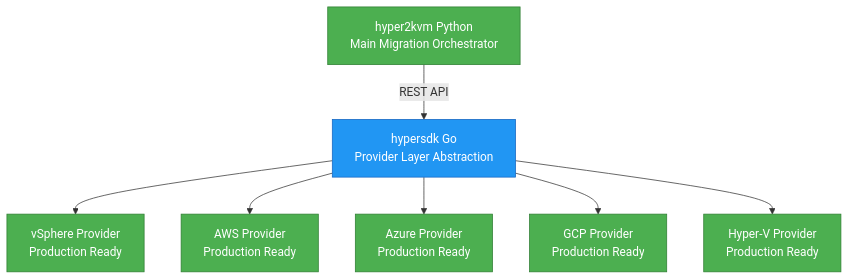
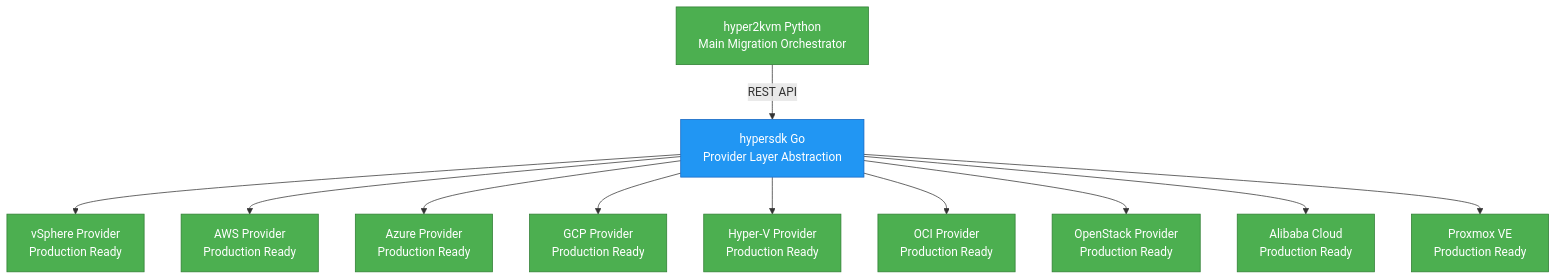
The diagram in README.md (ssahani/hypersdk), drawn with Mermaid before and after one commit. The commit also changed other lines of this file and 7 other files, not shown here.

````diff
--- a/README.md
+++ b/README.md
@@ -41,25 +44,37 @@
 ```mermaid
 graph TB
     A[hyper2kvm Python<br/>Main Migration Orchestrator]
     B[hypersdk Go<br/>Provider Layer Abstraction]
     C[vSphere Provider<br/>Production Ready]
     D[AWS Provider<br/>Production Ready]
     E[Azure Provider<br/>Production Ready]
     F[GCP Provider<br/>Production Ready]
     G[Hyper-V Provider<br/>Production Ready]
+    H[OCI Provider<br/>Production Ready]
+    I[OpenStack Provider<br/>Production Ready]
+    J[Alibaba Cloud<br/>Production Ready]
+    K[Proxmox VE<br/>Production Ready]
 
     A -->|REST API| B
     B --> C
     B --> D
     B --> E
     B --> F
     B --> G
+    B --> H
+    B --> I
+    B --> J
+    B --> K
 
     style A fill:#4CAF50,stroke:#2E7D32,color:#fff
     style B fill:#2196F3,stroke:#1565C0,color:#fff
     style C fill:#4CAF50,stroke:#2E7D32,color:#fff
     style D fill:#4CAF50,stroke:#2E7D32,color:#fff
     style E fill:#4CAF50,stroke:#2E7D32,color:#fff
     style F fill:#4CAF50,stroke:#2E7D32,color:#fff
     style G fill:#4CAF50,stroke:#2E7D32,color:#fff
+    style H fill:#4CAF50,stroke:#2E7D32,color:#fff
+    style I fill:#4CAF50,stroke:#2E7D32,color:#fff
+    style J fill:#4CAF50,stroke:#2E7D32,color:#fff
+    style K fill:#4CAF50,stroke:#2E7D32,color:#fff
 ```
````
